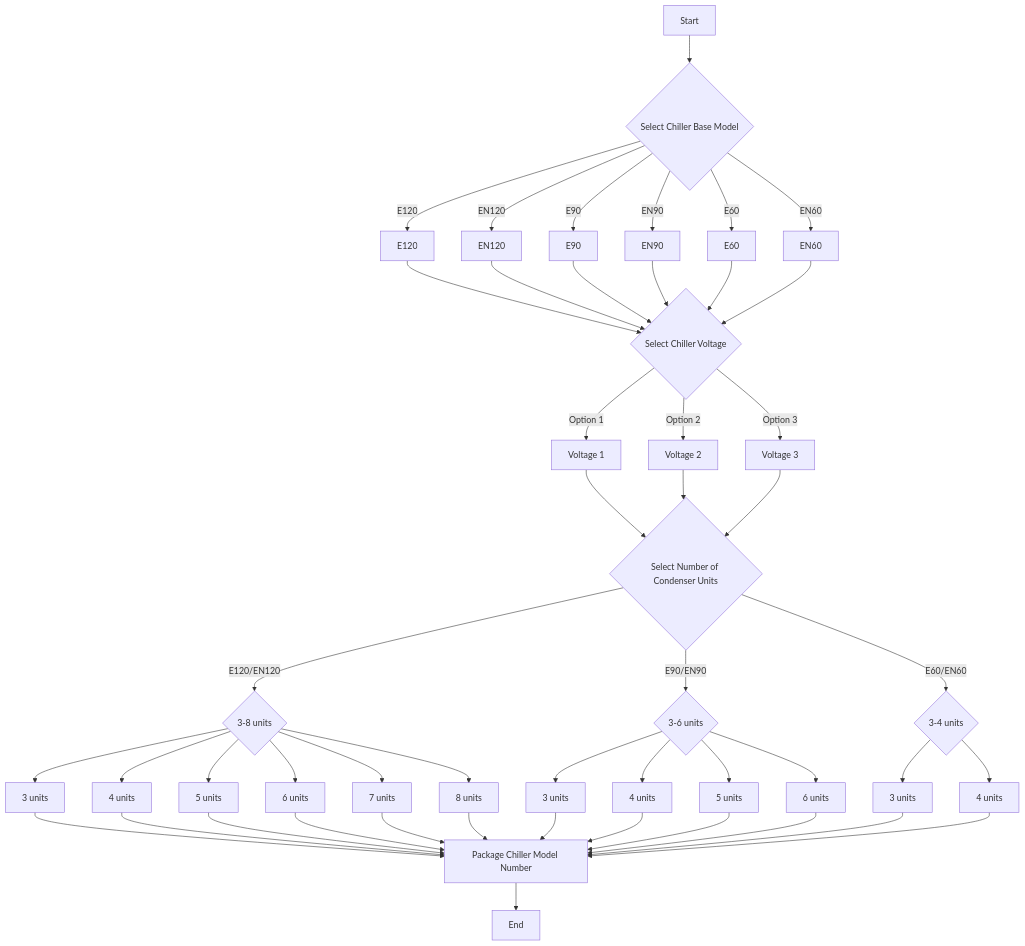
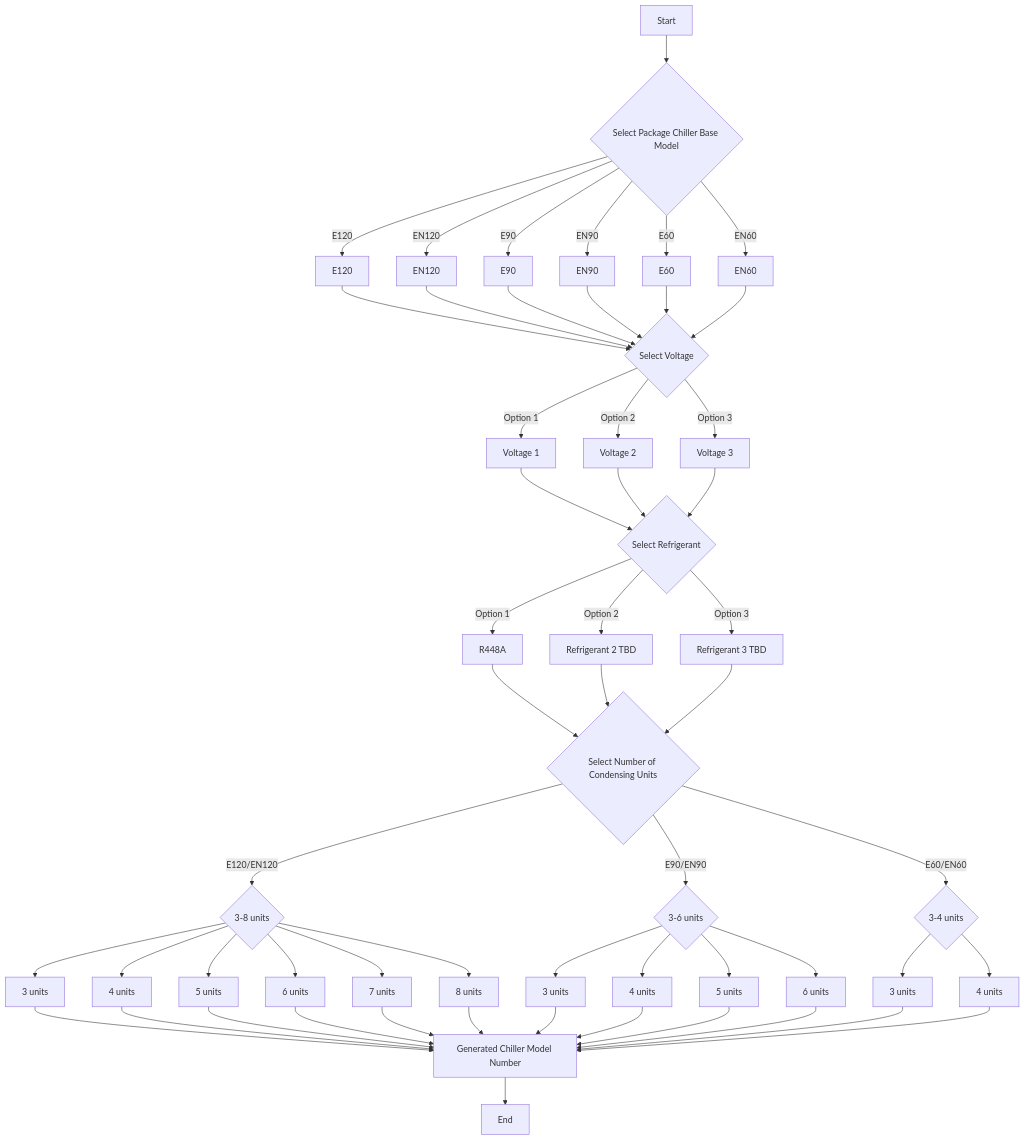
The diagram in PNFLC.MD (randomBullets/ProductNumberFlowChart), drawn with Mermaid before and after one commit.

Commit message:
Update PNFLC.MD
Added a new decision point "Select Refrigerant" after the voltage selection.
Included three refrigerant options:

Option 1: R448A
Option 2: Refrigerant 2 TBD (placeholder)
Option 3: Refrigerant 3 TBD (placeholder)

The updated process for determining the part number now includes:

Select one of the 6 available models (E120, EN120, E90, EN90, E60, EN60).
Choose one of the 3 voltage options.
Select one of the 3 refrigerant options (R448A or one of the two placeholders).
Choose the number of internal mini units, which is still limited based on the chosen model.
Based on these selections, a unique part number will be generated.

This new structure increases the total number of possible combinations:

E120/EN120: 2 (models) × 3 (voltage options) × 3 (refrigerant options) × 6 (mini unit options) = 108 combinations
E90/EN90: 2 (models) × 3 (voltage options) × 3 (refrigerant options) × 4 (mini unit options) = 72 combinations
E60/EN60: 2 (models) × 3 (voltage options) × 3 (refrigerant options) × 2 (mini unit options) = 36 combinations

In total, there are now 216 unique combinations in your product line.

````diff
--- a/PNFLC.MD
+++ b/PNFLC.MD
@@ -1,38 +1,43 @@
 ```mermaid
 graph TD
-    A[Start] --> B{Select Chiller Base Model}
+    A[Start] --> B{Select Package Chiller Base Model}
     B -->|E120| C1[E120]
     B -->|EN120| C2[EN120]
     B -->|E90| C3[E90]
     B -->|EN90| C4[EN90]
     B -->|E60| C5[E60]
     B -->|EN60| C6[EN60]
 
-    C1 & C2 & C3 & C4 & C5 & C6 --> D{Select Chiller Voltage}
+    C1 & C2 & C3 & C4 & C5 & C6 --> D{Select Voltage}
     D -->|Option 1| E1[Voltage 1]
     D -->|Option 2| E2[Voltage 2]
     D -->|Option 3| E3[Voltage 3]
 
-    E1 & E2 & E3 --> F{Select Number of Condenser Units}
+    E1 & E2 & E3 --> R{Select Refrigerant}
+    R -->|Option 1| R1[R448A]
+    R -->|Option 2| R2[Refrigerant 2 TBD]
+    R -->|Option 3| R3[Refrigerant 3 TBD]
+
+    R1 & R2 & R3 --> F{Select Number of Condensing Units}
     F -->|E120/EN120| G1{3-8 units}
     F -->|E90/EN90| G2{3-6 units}
     F -->|E60/EN60| G3{3-4 units}
 
     G1 --> H1[3 units]
     G1 --> H2[4 units]
     G1 --> H3[5 units]
     G1 --> H4[6 units]
     G1 --> H5[7 units]
     G1 --> H6[8 units]
 
     G2 --> I1[3 units]
     G2 --> I2[4 units]
     G2 --> I3[5 units]
     G2 --> I4[6 units]
 
     G3 --> J1[3 units]
     G3 --> J2[4 units]
 
-    H1 & H2 & H3 & H4 & H5 & H6 & I1 & I2 & I3 & I4 & J1 & J2 --> K[Package Chiller Model Number]
+    H1 & H2 & H3 & H4 & H5 & H6 & I1 & I2 & I3 & I4 & J1 & J2 --> K[Generated Chiller Model Number]
     K --> L[End]
 ```
````
